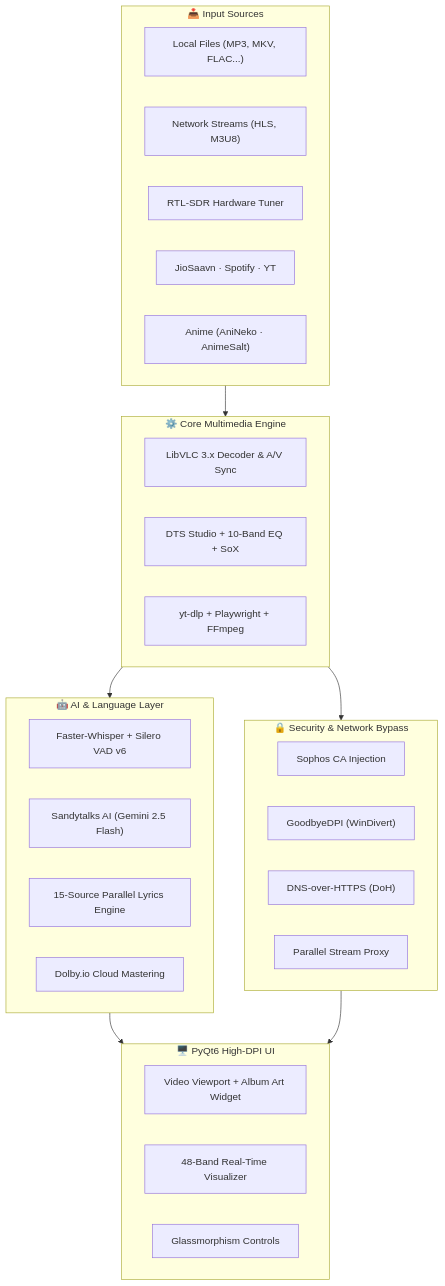
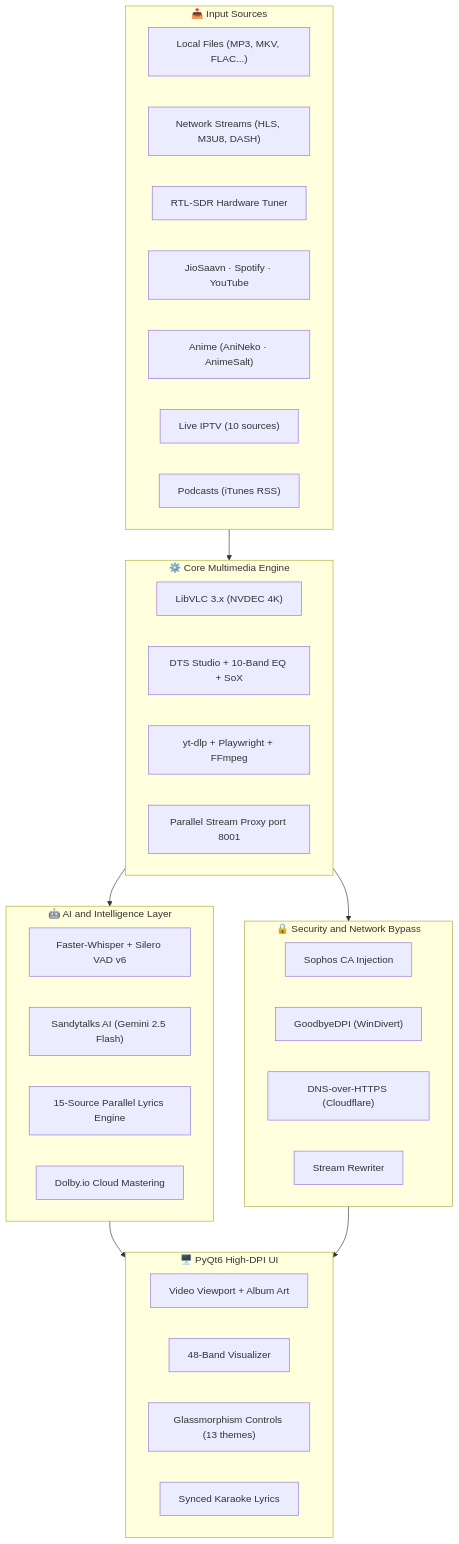
The second of 2 diagrams in README.md (sandytalks/SANDYPLAY), drawn with Mermaid before and after one commit. The commit also changed other lines of this file, not shown here.

````diff
--- a/README.md
+++ b/README.md
@@ -512,20 +704,20 @@
 ```mermaid
 graph TB
     subgraph INPUT["📥 Input Sources"]
-        L["Local Files (MP3, MKV, FLAC...)"] & S["Network Streams (HLS, M3U8)"] & R["RTL-SDR Hardware Tuner"] & O["JioSaavn · Spotify · YT"] & AN["Anime (AniNeko · AnimeSalt)"]
+        L["Local Files (MP3, MKV, FLAC...)"] & S["Network Streams (HLS, M3U8, DASH)"] & R["RTL-SDR Hardware Tuner"] & O["JioSaavn · Spotify · YouTube"] & AN["Anime (AniNeko · AnimeSalt)"] & IPTV["Live IPTV (10 sources)"] & POD["Podcasts (iTunes RSS)"]
     end
     subgraph CORE["⚙️ Core Multimedia Engine"]
-        VLC["LibVLC 3.x Decoder & A/V Sync"] & DSP["DTS Studio + 10-Band EQ + SoX"] & DL["yt-dlp + Playwright + FFmpeg"]
+        VLC["LibVLC 3.x (NVDEC 4K)"] & DSP["DTS Studio + 10-Band EQ + SoX"] & DL["yt-dlp + Playwright + FFmpeg"] & PROXY["Parallel Stream Proxy port 8001"]
     end
-    subgraph AI["🤖 AI & Language Layer"]
+    subgraph AI["🤖 AI and Intelligence Layer"]
         W["Faster-Whisper + Silero VAD v6"] & G["Sandytalks AI (Gemini 2.5 Flash)"] & LY["15-Source Parallel Lyrics Engine"] & AE["Dolby.io Cloud Mastering"]
     end
-    subgraph NET["🔒 Security & Network Bypass"]
-        SSL["Sophos CA Injection"] & VPN["GoodbyeDPI (WinDivert)"] & DOH["DNS-over-HTTPS (DoH)"] & PROXY["Parallel Stream Proxy"]
+    subgraph NET["🔒 Security and Network Bypass"]
+        SSL["Sophos CA Injection"] & VPN["GoodbyeDPI (WinDivert)"] & DOH["DNS-over-HTTPS (Cloudflare)"] & PROXY2["Stream Rewriter"]
     end
     subgraph UI["🖥️ PyQt6 High-DPI UI"]
-        VW["Video Viewport + Album Art Widget"] & VIS["48-Band Real-Time Visualizer"] & CB["Glassmorphism Controls"]
+        VW["Video Viewport + Album Art"] & VIS["48-Band Visualizer"] & CB["Glassmorphism Controls (13 themes)"] & LYR["Synced Karaoke Lyrics"]
     end
     INPUT --> CORE --> AI --> UI
     CORE --> NET --> UI
 ```
````
